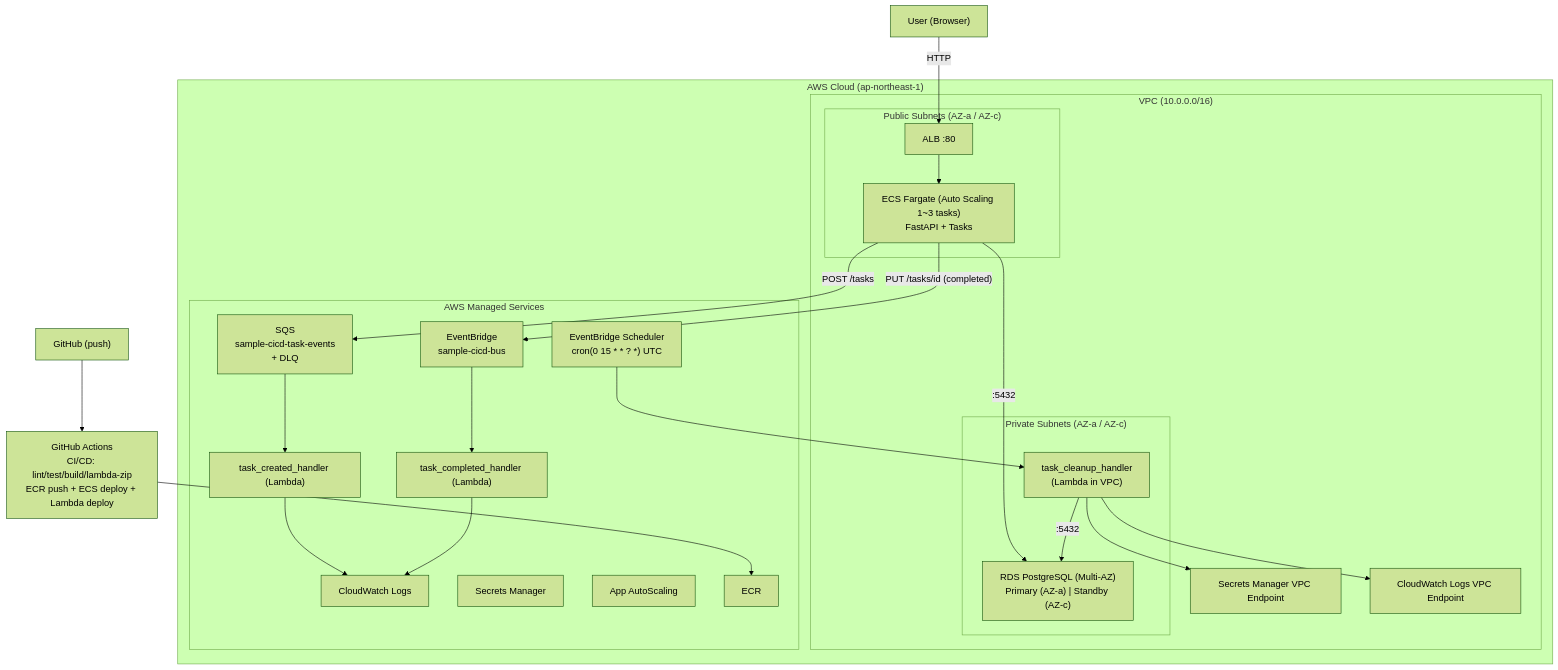
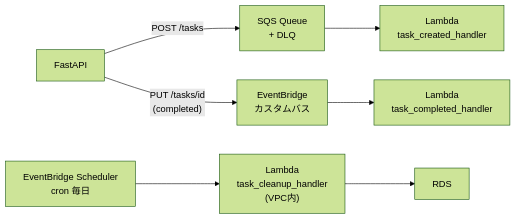
The diagram in docs/02_design/architecture_v4.md (masumi82/sample_cicd), drawn with Mermaid (forest theme) before and after one commit. The commit also changed other lines of this file and 3 other files, not shown here.

First line of the commit message:
docs: simplify v4-v7 architecture diagrams to delta-only Mermaid + collapsed ASCII

````diff
--- a/docs/02_design/architecture_v4.md
+++ b/docs/02_design/architecture_v4.md
@@ -20,37 +22,9 @@
 ```mermaid
-graph TB
-    User["User (Browser)"] -->|HTTP| ALB
-
-    subgraph AWS["AWS Cloud (ap-northeast-1)"]
-        subgraph VPC["VPC (10.0.0.0/16)"]
-            subgraph Public["Public Subnets (AZ-a / AZ-c)"]
-                ALB["ALB :80"] --> ECS["ECS Fargate (Auto Scaling 1~3 tasks)<br>FastAPI + Tasks"]
-            end
-            subgraph Private["Private Subnets (AZ-a / AZ-c)"]
-                RDS["RDS PostgreSQL (Multi-AZ)<br>Primary (AZ-a) | Standby (AZ-c)"]
-                CleanupLambda["task_cleanup_handler<br>(Lambda in VPC)"]
-            end
-            ECS -->|:5432| RDS
-            CleanupLambda -->|:5432| RDS
-            CleanupLambda --> VPCE_SM["Secrets Manager VPC Endpoint"]
-            CleanupLambda --> VPCE_CW["CloudWatch Logs VPC Endpoint"]
-        end
-
-        ECS -->|"POST /tasks"| SQS
-        ECS -->|"PUT /tasks/id (completed)"| EB
-
-        subgraph Managed["AWS Managed Services"]
-            SQS["SQS<br>sample-cicd-task-events<br>+ DLQ"] --> LambdaCreated["task_created_handler (Lambda)"]
-            EB["EventBridge<br>sample-cicd-bus"] --> LambdaCompleted["task_completed_handler (Lambda)"]
-            EBScheduler["EventBridge Scheduler<br>cron(0 15 * * ? *) UTC"] --> CleanupLambda
-            LambdaCreated --> CWLogs["CloudWatch Logs"]
-            LambdaCompleted --> CWLogs
-            SM["Secrets Manager"]
-            AutoScaling["App AutoScaling"]
-            ECR["ECR"]
-        end
-    end
-
-    GitHub["GitHub (push)"] --> GHA["GitHub Actions<br>CI/CD: lint/test/build/lambda-zip<br>ECR push + ECS deploy + Lambda deploy"]
-    GHA --> ECR
+graph LR
+    API["FastAPI"] -->|"POST /tasks"| SQS["SQS Queue<br>+ DLQ"]
+    SQS --> L1["Lambda<br>task_created_handler"]
+    API -->|"PUT /tasks/id<br>(completed)"| EB["EventBridge<br>カスタムバス"]
+    EB --> L2["Lambda<br>task_completed_handler"]
+    SCHED["EventBridge Scheduler<br>cron 毎日"] --> L3["Lambda<br>task_cleanup_handler<br>(VPC内)"]
+    L3 --> RDS["RDS"]
 ```
````
